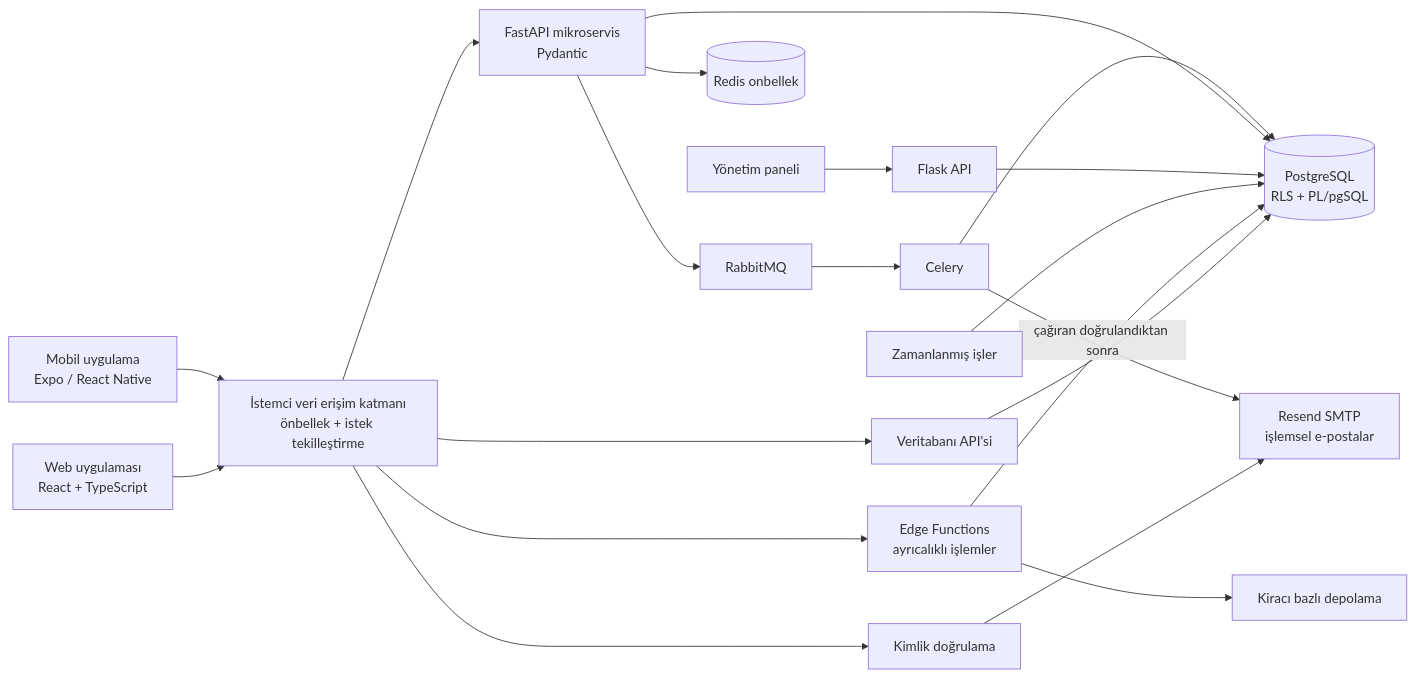
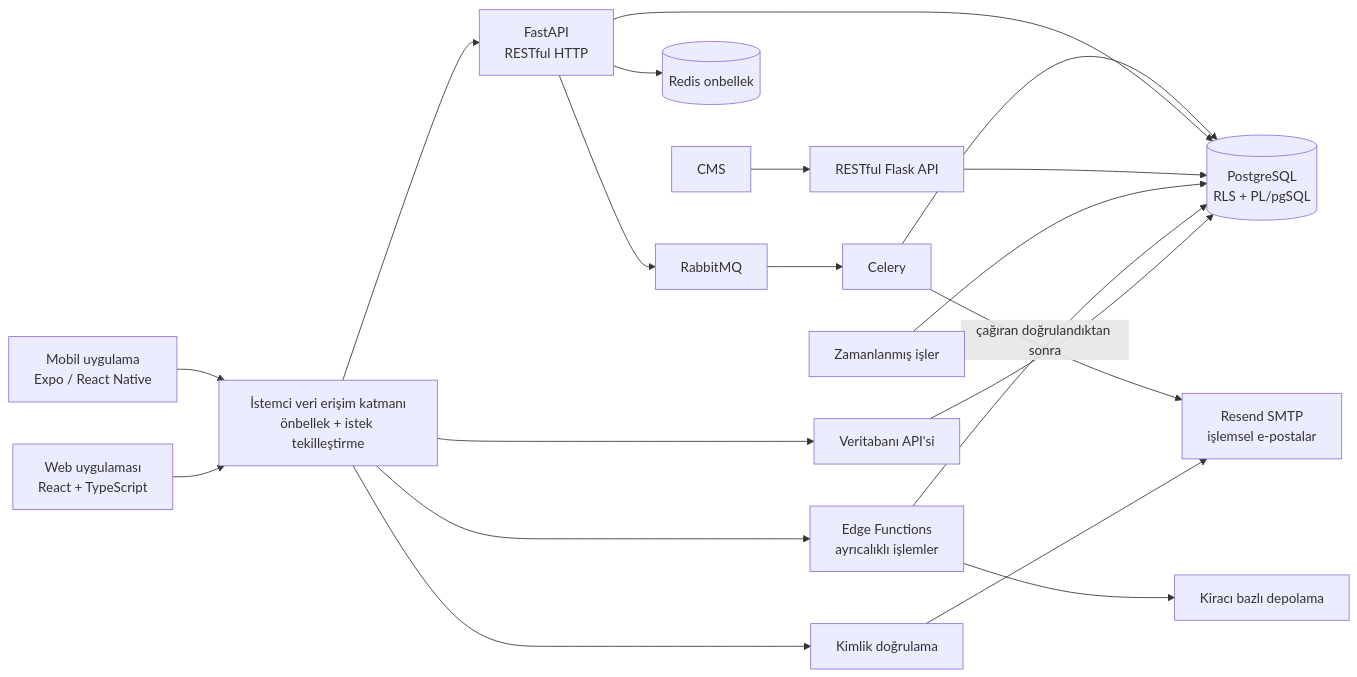
The first of 10 diagrams in projects/2026/saas/clinovatech-platform/README.md (yunus-emre-mert/Portfolio), drawn with Mermaid before and after one commit. The commit also changed other lines of this file and 5 other files, not shown here.

````diff
--- a/projects/2026/saas/clinovatech-platform/README.md
+++ b/projects/2026/saas/clinovatech-platform/README.md
@@ -50,22 +50,22 @@
 ```mermaid
 flowchart LR
     Web[Web uygulaması<br/>React + TypeScript] --> DAL[İstemci veri erişim katmanı<br/>önbellek + istek tekilleştirme]
     Mobile[Mobil uygulama<br/>Expo / React Native] --> DAL
     DAL --> Auth[Kimlik doğrulama]
     DAL --> API[Veritabanı API'si]
     DAL --> Edge[Edge Functions<br/>ayrıcalıklı işlemler]
     API --> DB[(PostgreSQL<br/>RLS + PL/pgSQL)]
     Edge -->|çağıran doğrulandıktan sonra| DB
     Edge --> Storage[Kiracı bazlı depolama]
     Jobs[Zamanlanmış işler] --> DB
-    Admin[Yönetim paneli] --> Flask[Flask API]
+    Admin[CMS] --> Flask[RESTful Flask API]
     Flask --> DB
     Auth --> Mail[Resend SMTP<br/>işlemsel e-postalar]
-    DAL --> Svc["FastAPI mikroservis<br/>Pydantic"]
+    DAL --> Svc["FastAPI<br/>RESTful HTTP"]
     Svc --> Redis[(Redis onbellek)]
     Svc --> DB
     Svc --> Queue[RabbitMQ]
     Queue --> Worker[Celery]
     Worker --> DB
     Worker --> Mail
 ```
````
